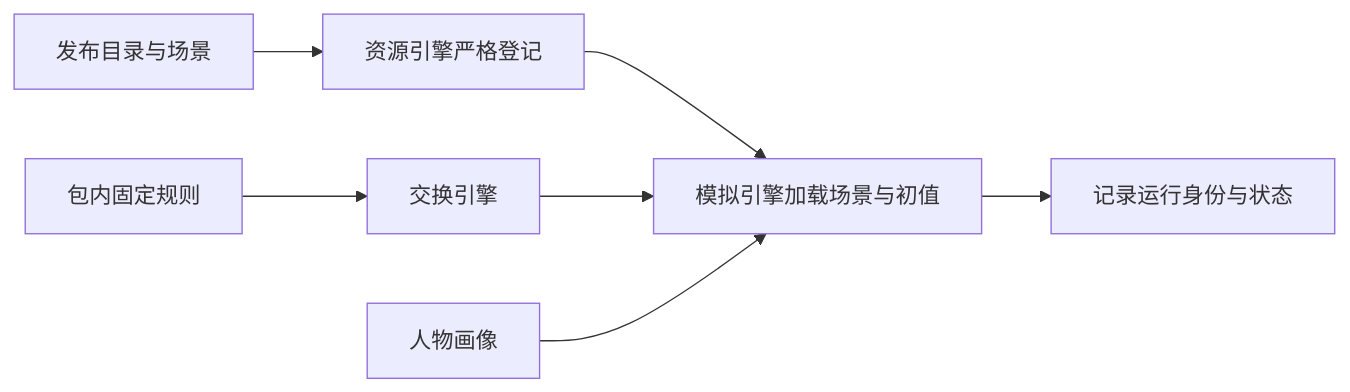
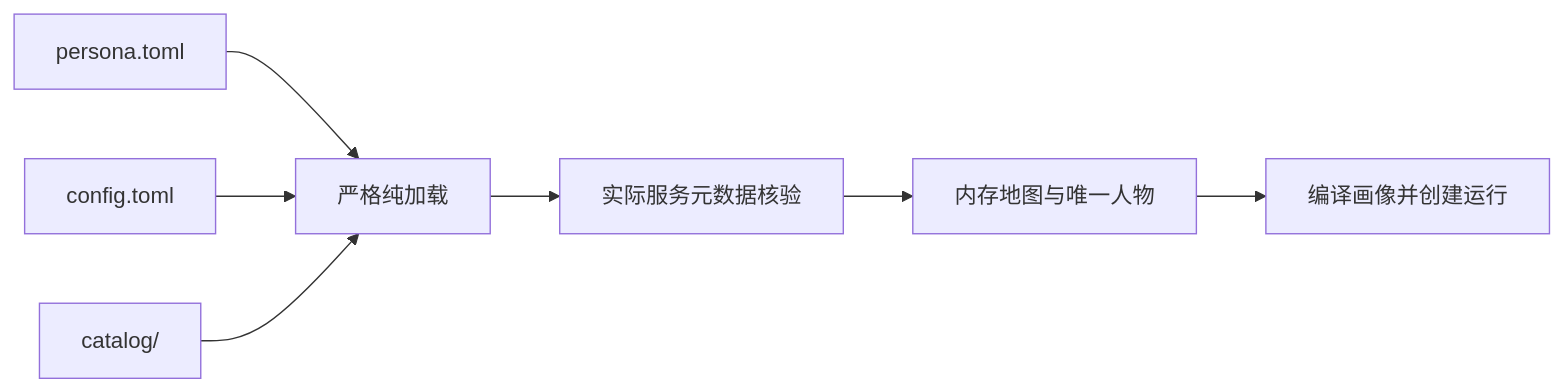
Before and after one commit to HoldThatThgt/WorldMock: the diagram in docs/design/08-configuration.md, drawn with Mermaid. The commit also changed other lines of this file and 577 other files, not shown here.

````diff
--- a/docs/design/08-configuration.md
+++ b/docs/design/08-configuration.md
@@ -17,9 +11,9 @@
 ```mermaid
 flowchart LR
-    E[发布目录与场景] --> R[资源引擎严格登记]
-    P[包内固定规则] --> X[交换引擎]
-    R --> S[模拟引擎加载场景与初值]
-    X --> S
-    M[人物画像] --> S
-    S --> F[记录运行身份与状态]
+    Persona[persona.toml] --> Load[严格纯加载]
+    Config[config.toml] --> Load
+    Catalog[catalog/] --> Load
+    Load --> Metadata[实际服务元数据核验]
+    Metadata --> World[内存地图与唯一人物]
+    World --> Run[编译画像并创建运行]
 ```
````
